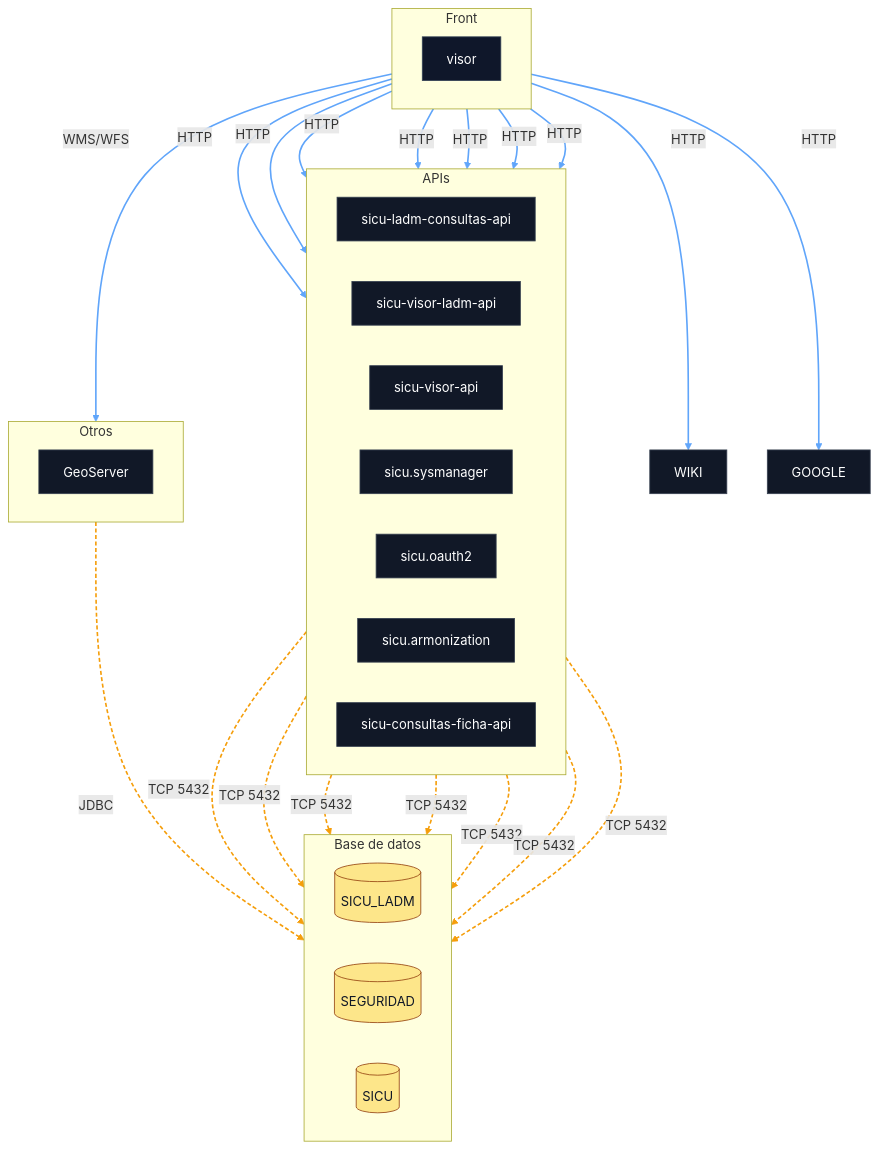
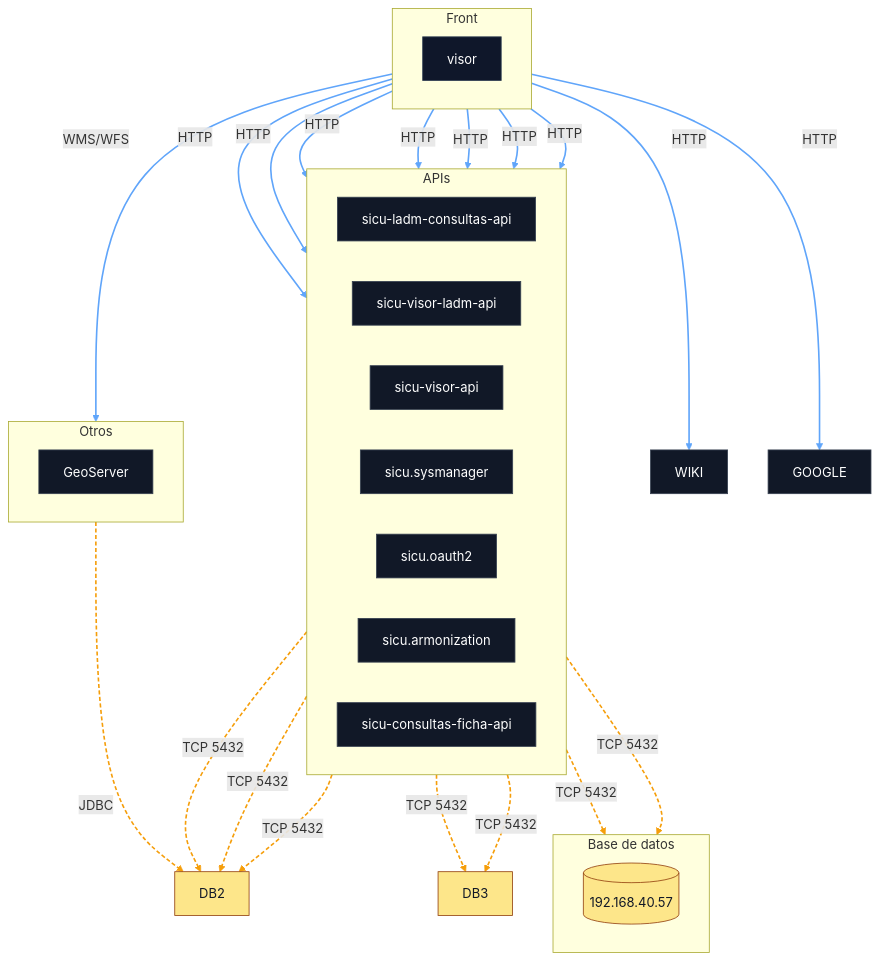
One commit to mdsigeovisor/geovisormdsi changed the diagram in README.md. Above: the diagram before and after it, drawn with Mermaid.

````diff
--- a/README.md
+++ b/README.md
@@ -3,71 +3,69 @@
 ```mermaid
 flowchart TB
   %% =========================
   %% CAPAS
   %% =========================
   subgraph L1[Front]
     direction LR
     FRONT[visor]
   end
 
   subgraph L2[APIs]
     direction LR
     REPO[sicu-ladm-consultas-api]
     EXPO[sicu-visor-ladm-api]
     API[sicu-visor-api]
     SYS[sicu.sysmanager]
     AUTH[sicu.oauth2]
     ARM[sicu.armonization]
     POLI[sicu-consultas-ficha-api]
   end
 
   subgraph L3[Base de datos]
     direction LR
-    DB3[(SICU_LADM)]
-    DB1[(SEGURIDAD)]
-    DB2[(SICU)]
+    DB1[(192.168.40.57)]    
   end
 
   subgraph L4[Otros]
     direction LR
     GEOSERVER[GeoServer]    
   end
 
   %% =========================
   %% RELACIONES
   %% =========================
   FRONT -->|HTTP| EXPO
   FRONT -->|HTTP| REPO
   FRONT -->|HTTP| API
   FRONT -->|HTTP| SYS
   FRONT -->|HTTP| AUTH
   FRONT -->|HTTP| ARM
   FRONT -->|HTTP| POLI
   FRONT -->|WMS/WFS| GEOSERVER
   FRONT -->|HTTP| WIKI
   FRONT -->|HTTP| GOOGLE
   EXPO -.->|TCP 5432| DB3
   REPO -.->|TCP 5432| DB3
   API -.->|TCP 5432| DB2
   ARM -.->|TCP 5432| DB2
   POLI -.->|TCP 5432| DB2
   GEOSERVER -.->|JDBC| DB2
   SYS -.->|TCP 5432| DB1
   AUTH -.->|TCP 5432| DB1
 
   %% =========================
   %% ESTILOS
   %% =========================
   classDef front fill:#0f172a,stroke:#334155,stroke-width:1px,color:#fff;
   classDef service fill:#111827,stroke:#374151,stroke-width:1px,color:#fff;
   classDef db fill:#fde68a,stroke:#92400e,stroke-width:1px,color:#111827;
   classDef cloud fill:#e0f2fe,stroke:#0284c7,stroke-width:1px,color:#0f172a;
 
   class FRONT front;
   class API,SYS,ARM,AUTH,REPO,POLI,EXPO,WIKI,GOOGLE,GEOSERVER service;
   class DB1,DB2,DB3 db;
 
   %% (Opcional) estilo de links
   linkStyle 0,1,2,3,4,5,6,7,8,9 stroke:#60a5fa,stroke-width:2px;
   linkStyle 10,11,12,13,14,15,16,17 stroke:#f59e0b,stroke-width:2px,stroke-dasharray:5 3;
 ```
````
